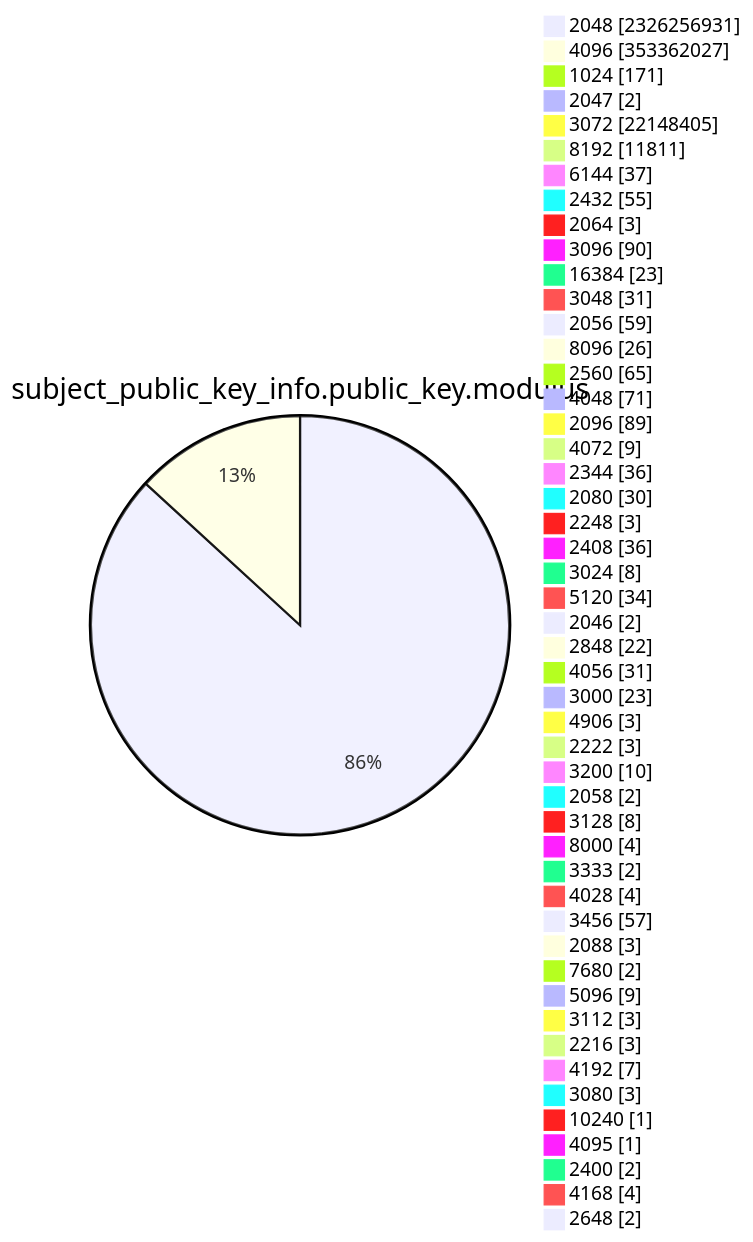
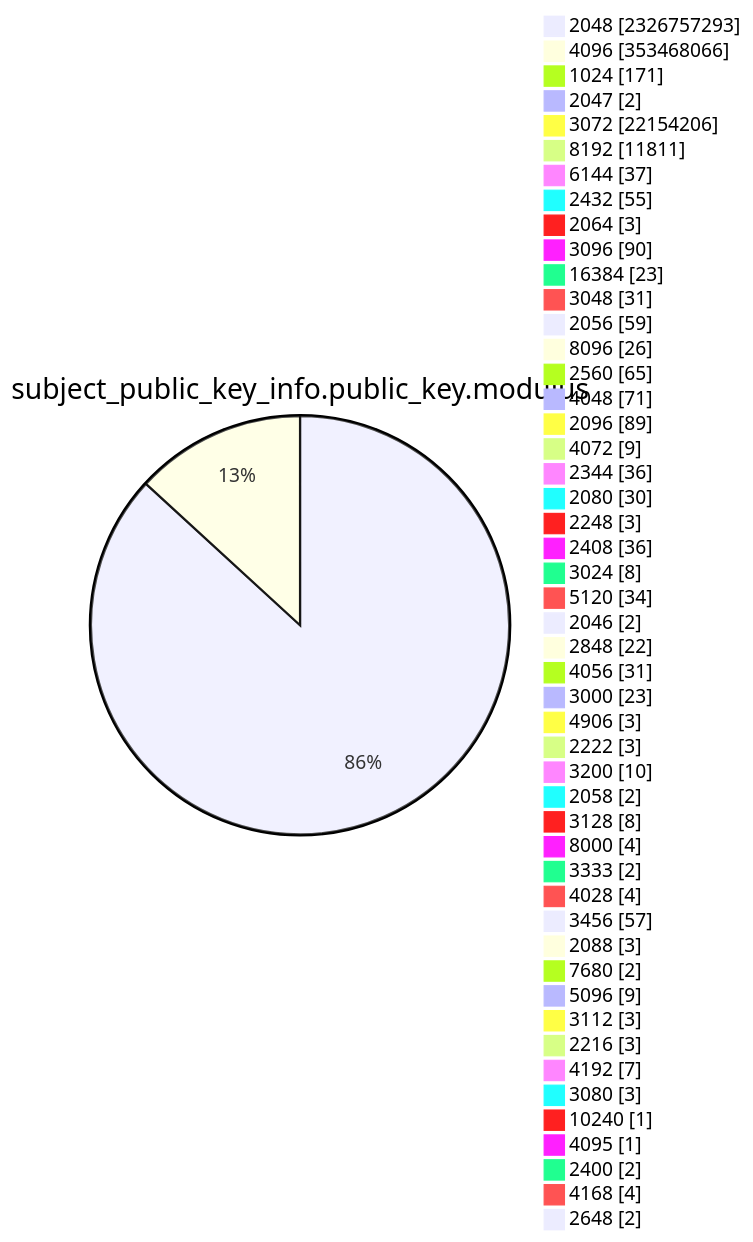
One commit to christiankrug/ctmonitor_visualization changed diagram 13 of 15 in TOTAL/README.md. Above: the diagram before and after it, drawn with Mermaid. The commit also changed other lines of this file, not shown here.

````diff
--- a/TOTAL/README.md
+++ b/TOTAL/README.md
@@ -4167,53 +4167,53 @@
 ```mermaid
 pie showData
 title subject_public_key_info.public_key.modulus
-"2048" :2326256931
-"4096" :353362027
+"2048" :2326757293
+"4096" :353468066
 "1024" :171
 "2047" :2
-"3072" :22148405
+"3072" :22154206
 "8192" :11811
 "6144" :37
 "2432" :55
 "2064" :3
 "3096" :90
 "16384" :23
 "3048" :31
 "2056" :59
 "8096" :26
 "2560" :65
 "4048" :71
 "2096" :89
 "4072" :9
 "2344" :36
 "2080" :30
 "2248" :3
 "2408" :36
 "3024" :8
 "5120" :34
 "2046" :2
 "2848" :22
 "4056" :31
 "3000" :23
 "4906" :3
 "2222" :3
 "3200" :10
 "2058" :2
 "3128" :8
 "8000" :4
 "3333" :2
 "4028" :4
 "3456" :57
 "2088" :3
 "7680" :2
 "5096" :9
 "3112" :3
 "2216" :3
 "4192" :7
 "3080" :3
 "10240" :1
 "4095" :1
 "2400" :2
 "4168" :4
 "2648" :2
 ```
````
